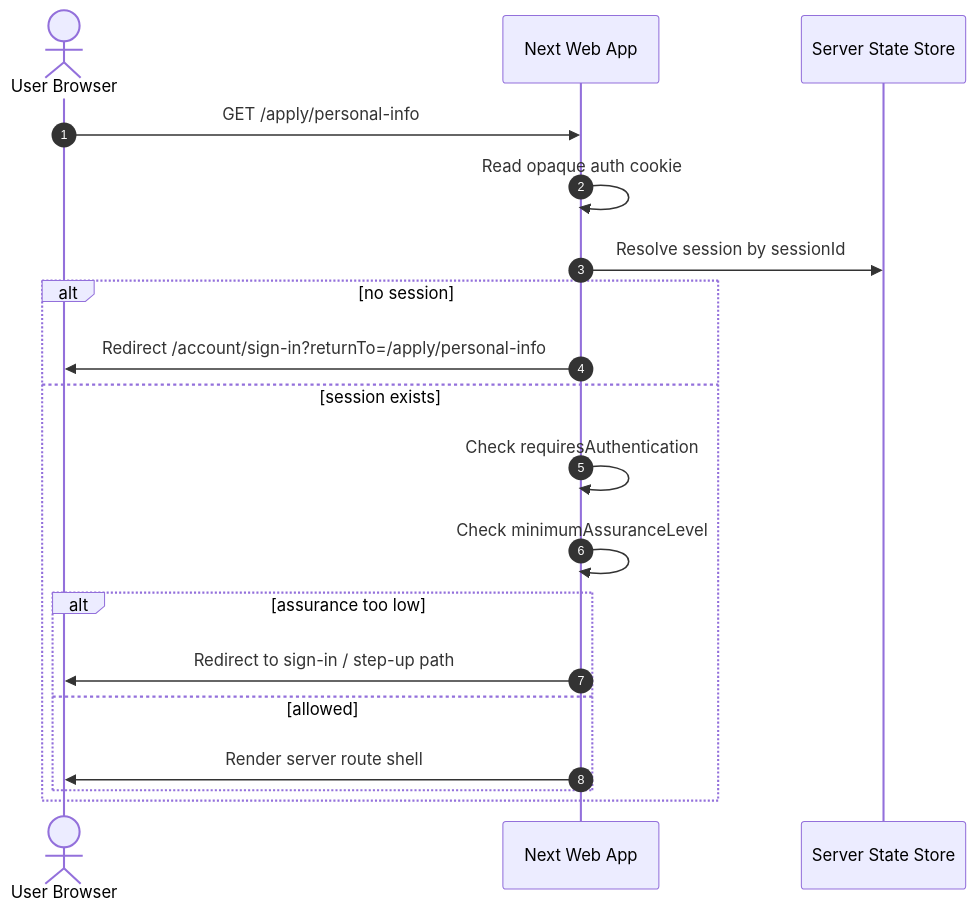
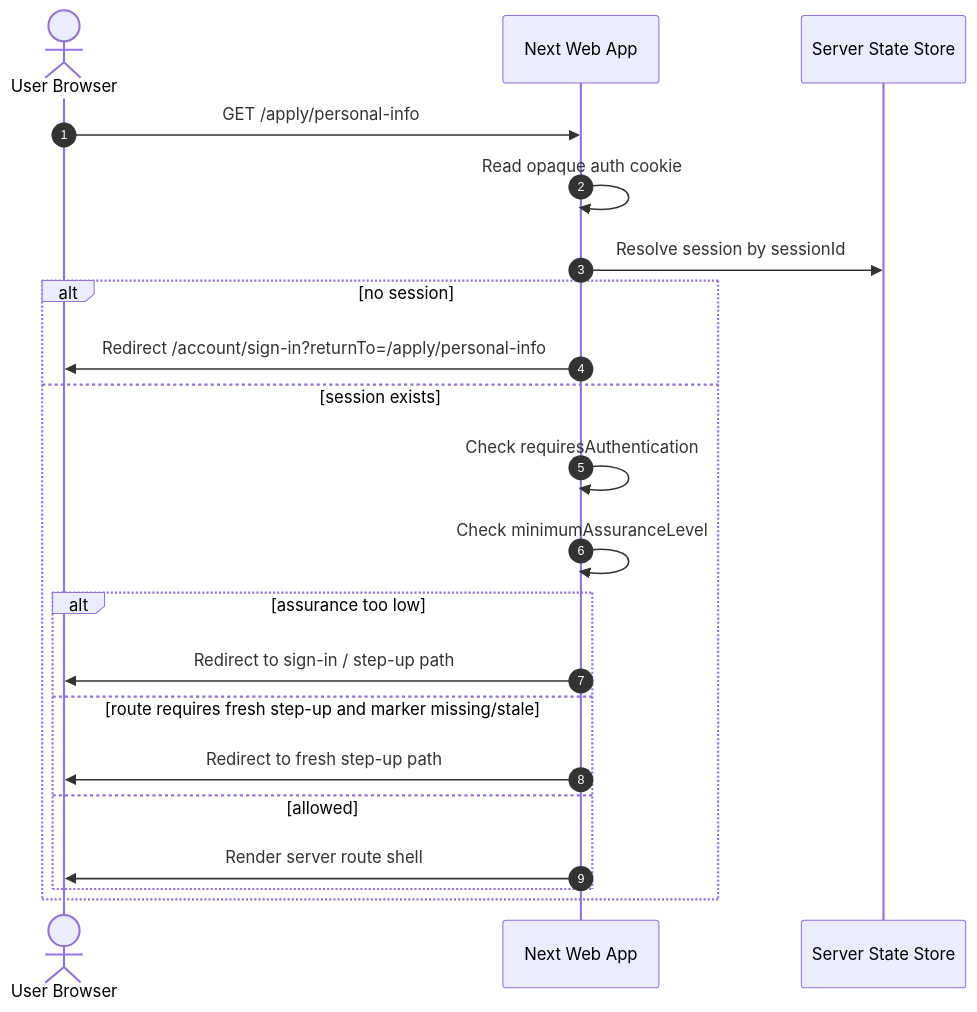
Before and after one commit to vc4u2c/acme-los: the second of 5 diagrams in docs/architecture/auth-server-flows.md, drawn with Mermaid. The commit also changed other lines of this file and 18 other files, not shown here.

Commit message:
fix(auth): require fresh funding step-up mfa (#62)

````diff
--- a/docs/architecture/auth-server-flows.md
+++ b/docs/architecture/auth-server-flows.md
@@ -124,22 +128,24 @@
 ```mermaid
 sequenceDiagram
   autonumber
   actor U as User Browser
   participant W as Next Web App
   participant S as Server State Store
 
   U->>W: GET /apply/personal-info
   W->>W: Read opaque auth cookie
   W->>S: Resolve session by sessionId
   alt no session
     W->>U: Redirect /account/sign-in?returnTo=/apply/personal-info
   else session exists
     W->>W: Check requiresAuthentication
     W->>W: Check minimumAssuranceLevel
     alt assurance too low
       W->>U: Redirect to sign-in / step-up path
+    else route requires fresh step-up and marker missing/stale
+      W->>U: Redirect to fresh step-up path
     else allowed
       W->>U: Render server route shell
     end
   end
 ```
````
